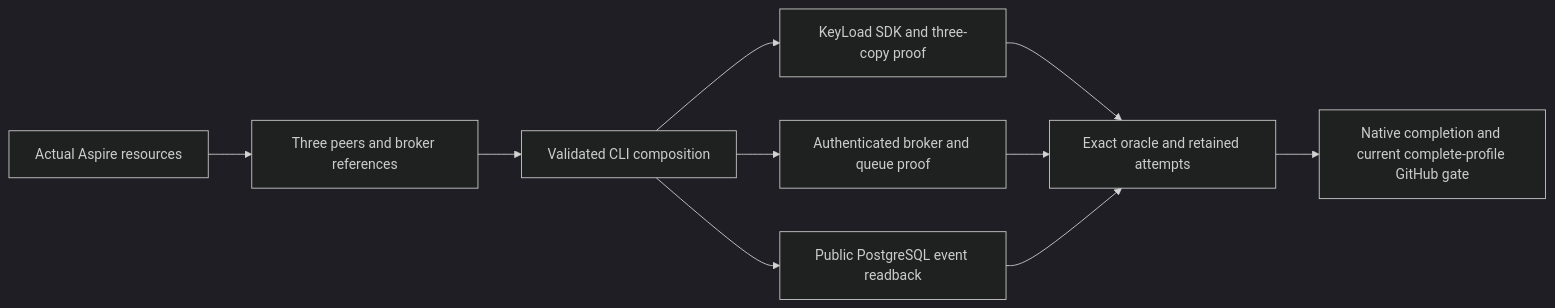
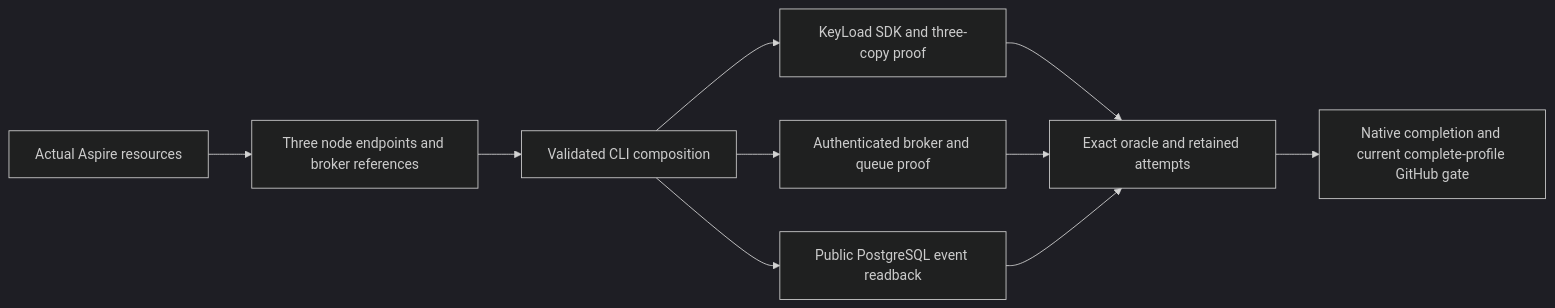
The sixth of 13 diagrams in docs/Features/BenchmarkComparisons.md (managedcode/KeyLoad), drawn with Mermaid (dark theme) before and after one commit. The commit also changed other lines of this file and 271 other files, not shown here.

````diff
--- a/docs/Features/BenchmarkComparisons.md
+++ b/docs/Features/BenchmarkComparisons.md
@@ -441,12 +441,12 @@
 ```mermaid
 flowchart LR
-    Aspire[Actual Aspire resources] --> Bindings[Three peers and broker references]
+    Aspire[Actual Aspire resources] --> Bindings[Three node endpoints and broker references]
     Bindings --> Host[Validated CLI composition]
     Host --> RF3[KeyLoad SDK and three-copy proof]
     Host --> Rabbit[Authenticated broker and queue proof]
     Host --> PG[Public PostgreSQL event readback]
     RF3 --> Report[Exact oracle and retained attempts]
     Rabbit --> Report
     PG --> Report
     Report --> Gate[Native completion and current complete-profile GitHub gate]
 ```
````
